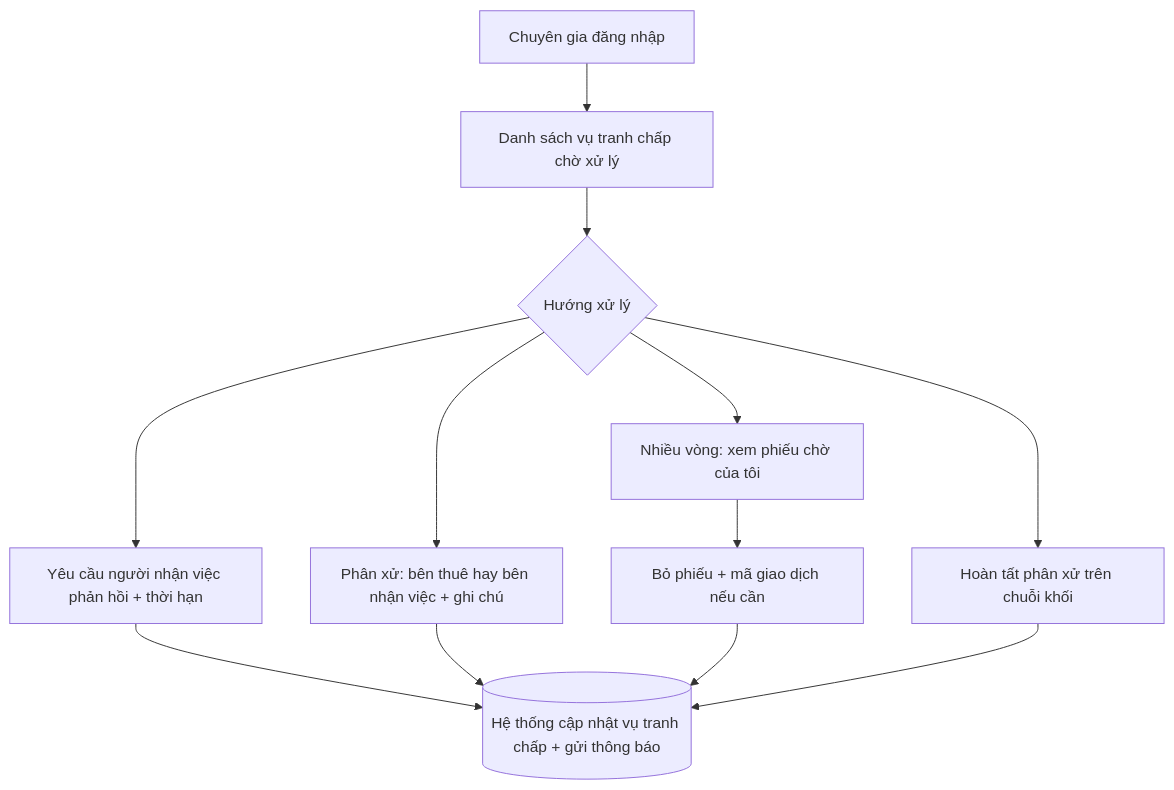
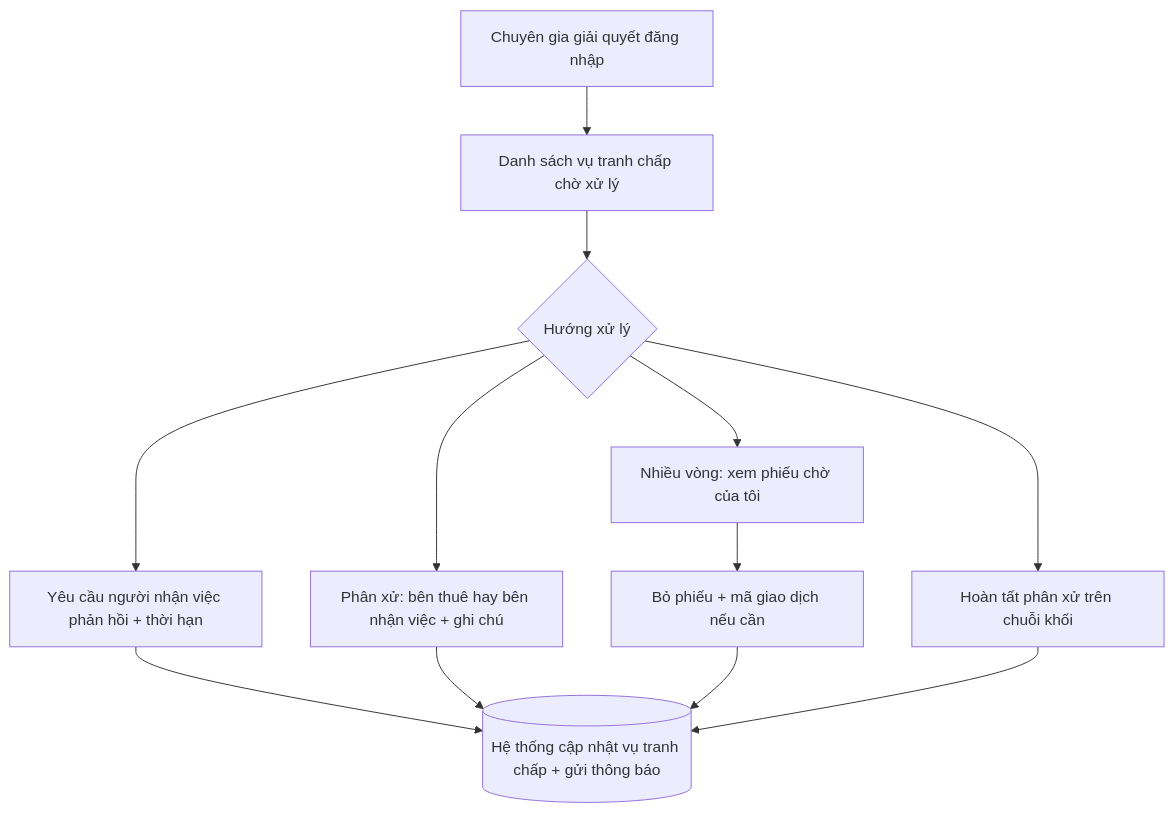
Before and after one commit to dmt041104111003/docs-nckh: the first of 2 diagrams in admin.md, drawn with Mermaid. The commit also changed other lines of this file and 1 other file, not shown here.

````diff
--- a/admin.md
+++ b/admin.md
@@ -23,14 +23,14 @@
 ```mermaid
 flowchart TD
-  A[Chuyên gia đăng nhập] --> B[Danh sách vụ tranh chấp chờ xử lý]
+  A[Chuyên gia giải quyết đăng nhập] --> B[Danh sách vụ tranh chấp chờ xử lý]
   B --> C{Hướng xử lý}
   C --> D[Yêu cầu người nhận việc phản hồi + thời hạn]
   C --> E[Phân xử: bên thuê hay bên nhận việc + ghi chú]
   C --> F[Nhiều vòng: xem phiếu chờ của tôi]
   F --> G[Bỏ phiếu + mã giao dịch nếu cần]
   C --> H[Hoàn tất phân xử trên chuỗi khối]
   D --> I[(Hệ thống cập nhật vụ tranh chấp + gửi thông báo)]
   E --> I
   G --> I
   H --> I
 ```
````
